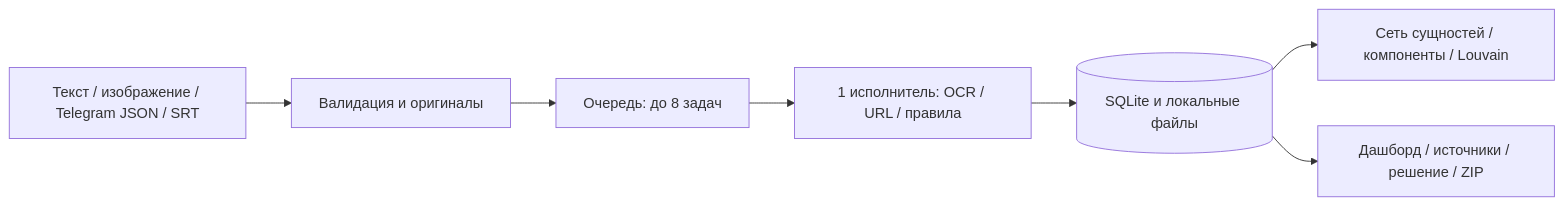
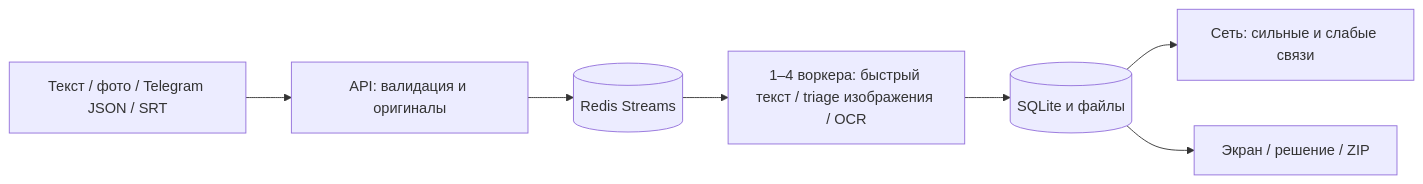
Before and after one commit to nurbolidze121212/safetrace-kz: the diagram in docs/DEPLOYMENT_PLAN.md, drawn with Mermaid. The commit also changed other lines of this file and 5 other files, not shown here.

````diff
--- a/docs/DEPLOYMENT_PLAN.md
+++ b/docs/DEPLOYMENT_PLAN.md
@@ -7,9 +5,9 @@
 ```mermaid
 flowchart LR
-  S[Текст / изображение / Telegram JSON / SRT] --> V[Валидация и оригиналы]
-  V --> Q[Очередь: до 8 задач]
-  Q --> W[1 исполнитель: OCR / URL / правила]
-  W --> D[(SQLite и локальные файлы)]
-  D --> G[Сеть сущностей / компоненты / Louvain]
-  D --> A[Дашборд / источники / решение / ZIP]
+  A[Текст / фото / Telegram JSON / SRT] --> B[API: валидация и оригиналы]
+  B --> Q[(Redis Streams)]
+  Q --> W[1–4 воркера: быстрый текст / triage изображения / OCR]
+  W --> S[(SQLite и файлы)]
+  S --> G[Сеть: сильные и слабые связи]
+  S --> U[Экран / решение / ZIP]
 ```
````
